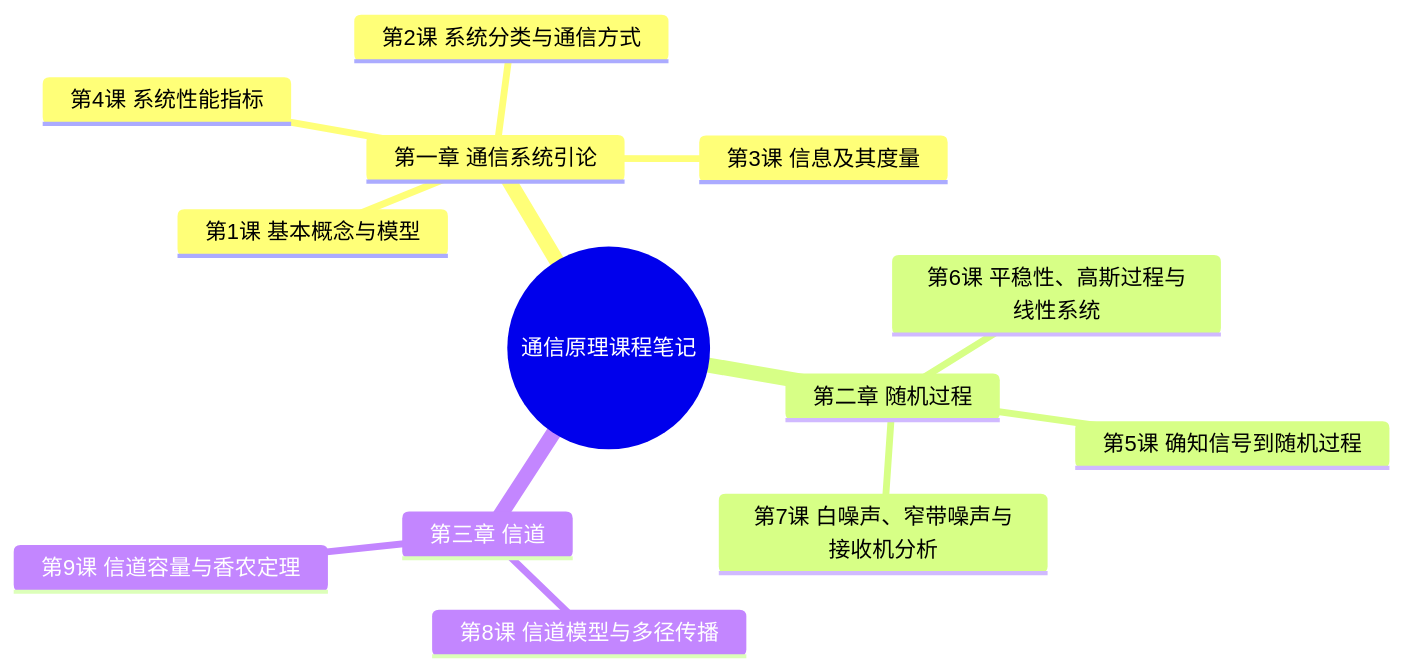
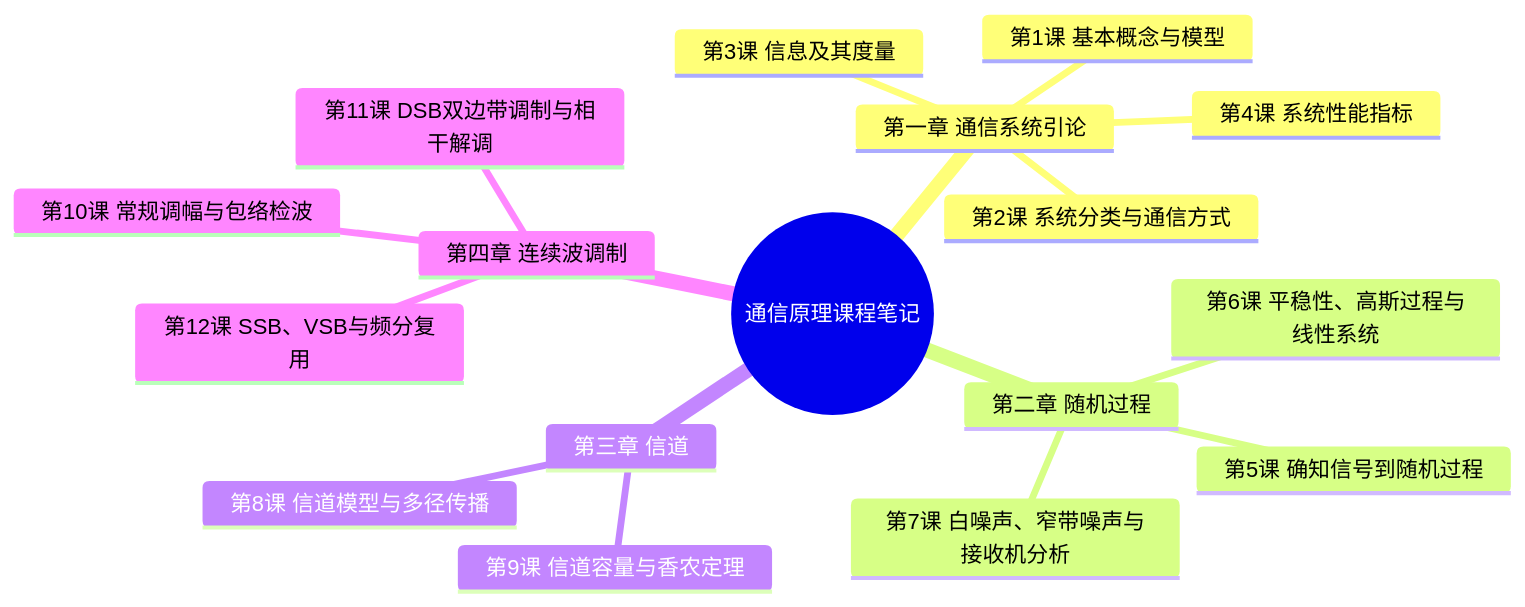
One commit to 3280441136-lab/My_Obsidian_Notes changed the diagram in 学习/学校课程/通信原理（3学分）/README.md. Above: the diagram before and after it, drawn with Mermaid. The commit also changed other lines of this file and 294 other files, not shown here.

````diff
--- a/学习/学校课程/通信原理（3学分）/README.md
+++ b/学习/学校课程/通信原理（3学分）/README.md
@@ -25,16 +28,20 @@
 ```mermaid
 mindmap
   root((通信原理课程笔记))
     第一章 通信系统引论
       第1课 基本概念与模型
       第2课 系统分类与通信方式
       第3课 信息及其度量
       第4课 系统性能指标
     第二章 随机过程
       第5课 确知信号到随机过程
       第6课 平稳性、高斯过程与线性系统
       第7课 白噪声、窄带噪声与接收机分析
     第三章 信道
       第8课 信道模型与多径传播
       第9课 信道容量与香农定理
+    第四章 连续波调制
+      第10课 常规调幅与包络检波
+      第11课 DSB双边带调制与相干解调
+      第12课 SSB、VSB与频分复用
 ```
````
